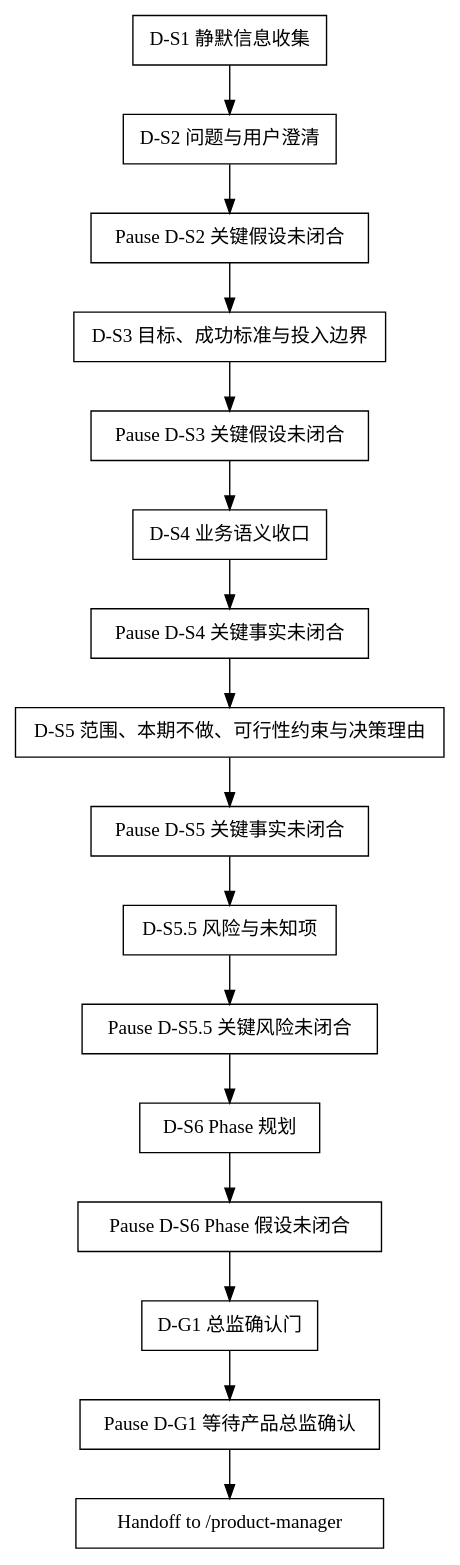
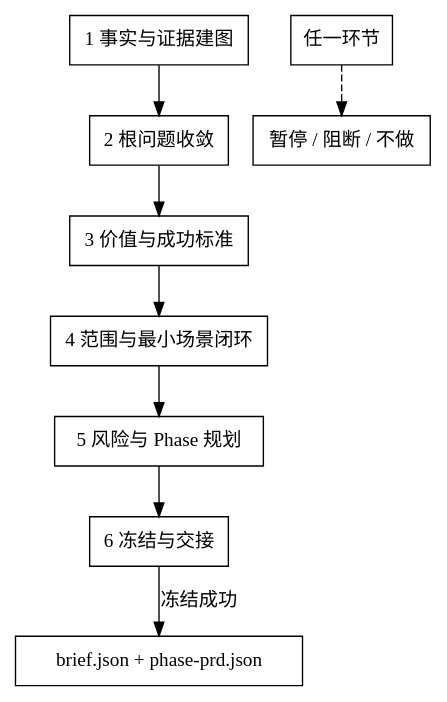
The diagram in shared/skills/product-director/SKILL.md (jieli-cqwl/org-claude-skills), drawn with Graphviz before and after one commit. The commit also changed other lines of this file and 35 other files, not shown here.

````diff
--- a/shared/skills/product-director/SKILL.md
+++ b/shared/skills/product-director/SKILL.md
@@ -38,14 +42,13 @@
 ```dot
 digraph product_director_flow {
   rankdir=TB;
   node [shape=box];
-  "D-S1 静默信息收集" -> "D-S2 问题与用户澄清";
-  "D-S2 问题与用户澄清" -> "Pause D-S2 关键假设未闭合" -> "D-S3 目标、成功标准与投入边界";
-  "D-S3 目标、成功标准与投入边界" -> "Pause D-S3 关键假设未闭合" -> "D-S4 业务语义收口";
-  "D-S4 业务语义收口" -> "Pause D-S4 关键事实未闭合" -> "D-S5 范围、本期不做、可行性约束与决策理由";
-  "D-S5 范围、本期不做、可行性约束与决策理由" -> "Pause D-S5 关键事实未闭合" -> "D-S5.5 风险与未知项";
-  "D-S5.5 风险与未知项" -> "Pause D-S5.5 关键风险未闭合" -> "D-S6 Phase 规划";
-  "D-S6 Phase 规划" -> "Pause D-S6 Phase 假设未闭合" -> "D-G1 总监确认门";
-  "D-G1 总监确认门" -> "Pause D-G1 等待产品总监确认" -> "Handoff to /product-manager";
+  "1 事实与证据建图" -> "2 根问题收敛";
+  "2 根问题收敛" -> "3 价值与成功标准";
+  "3 价值与成功标准" -> "4 范围与最小场景闭环";
+  "4 范围与最小场景闭环" -> "5 风险与 Phase 规划";
+  "5 风险与 Phase 规划" -> "6 冻结与交接";
+  "任一环节" -> "暂停 / 阻断 / 不做" [style=dashed];
+  "6 冻结与交接" -> "brief.json + phase-prd.json" [label="冻结成功"];
 }
 ```
````
